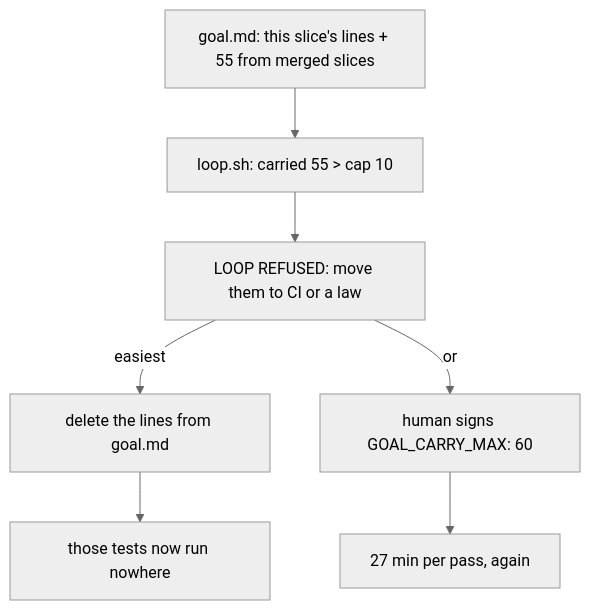
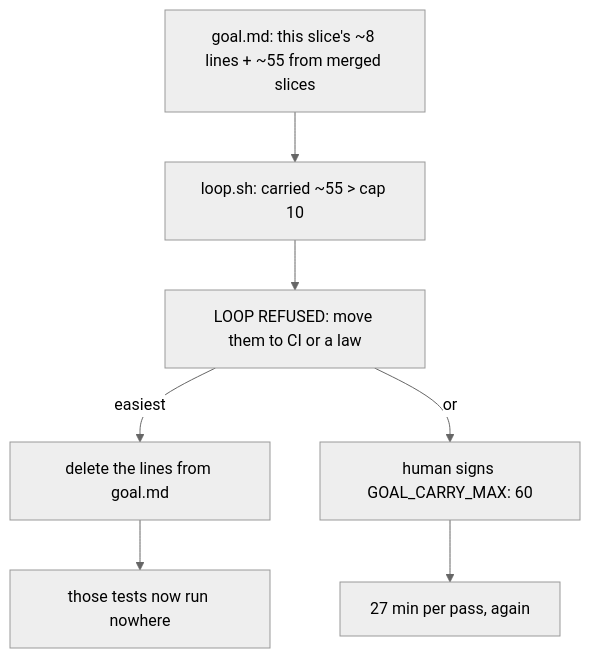
The first of 2 diagrams in docs/cascade/05b-t78-carry-out.md (kadaluarsa/barbaric-driven-development), drawn with Mermaid (neutral theme) before and after one commit. The commit also changed other lines of this file and 1 other file, not shown here.

````diff
--- a/docs/cascade/05b-t78-carry-out.md
+++ b/docs/cascade/05b-t78-carry-out.md
@@ -31,8 +34,8 @@
 ```mermaid
 flowchart TD
-  G[goal.md: this slice's lines + 55 from merged slices] --> L[loop.sh: carried 55 > cap 10]
+  G[goal.md: this slice's ~8 lines + ~55 from merged slices] --> L[loop.sh: carried ~55 > cap 10]
   L --> R[LOOP REFUSED: move them to CI or a law]
   R -->|easiest| D[delete the lines from goal.md]
   D --> X[those tests now run nowhere]
   R -->|or| S[human signs GOAL_CARRY_MAX: 60] --> T[27 min per pass, again]
 ```
````
